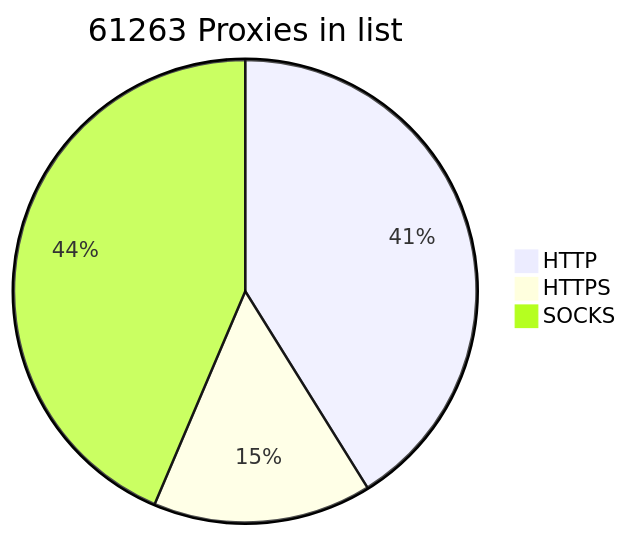
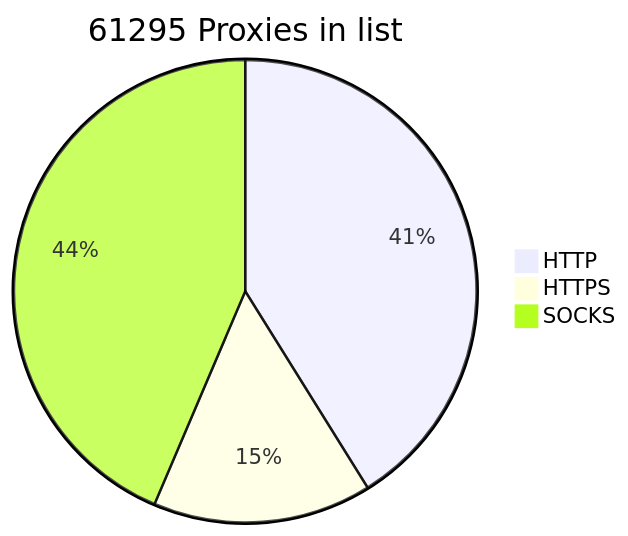
Before and after one commit to BlackSnowDot/proxylist-update-every-minute: the diagram in README.md, drawn with Mermaid.

````diff
--- a/README.md
+++ b/README.md
@@ -2,6 +2,6 @@
 ```mermaid
-pie title 61263 Proxies in list
-    "HTTP" : 28643
-    "HTTPS": 10628
-    "SOCKS" : 30353
+pie title 61295 Proxies in list
+    "HTTP" : 28649
+    "HTTPS": 10646
+    "SOCKS" : 30361
 ```
````
